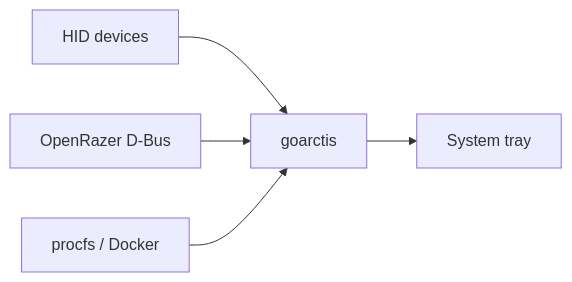
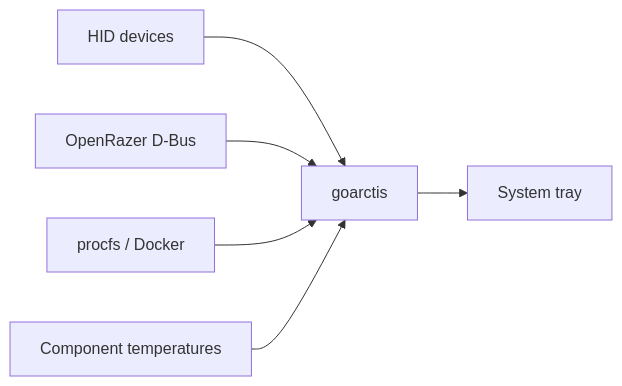
The diagram in src/content/projects/goarctis.md (jyablonski/site), drawn with Mermaid before and after one commit. The commit also changed other lines of this file and 29 other files, not shown here.

````diff
--- a/src/content/projects/goarctis.md
+++ b/src/content/projects/goarctis.md
@@ -29,7 +31,8 @@
 ```mermaid
 flowchart LR
   HID[HID devices] --> APP[goarctis]
   DBUS[OpenRazer D-Bus] --> APP
   PROC[procfs / Docker] --> APP
+  TEMP[Component temperatures] --> APP
   APP --> TRAY[System tray]
 ```
````
